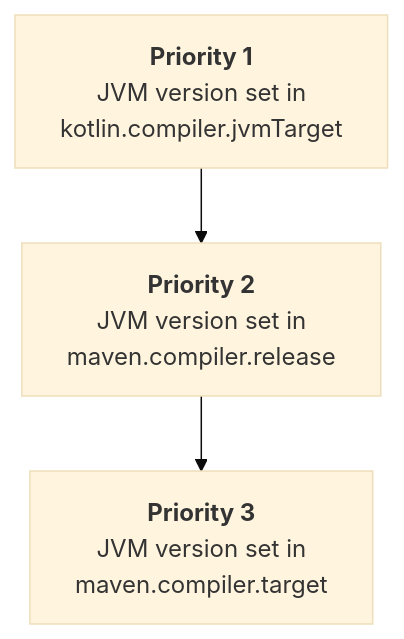
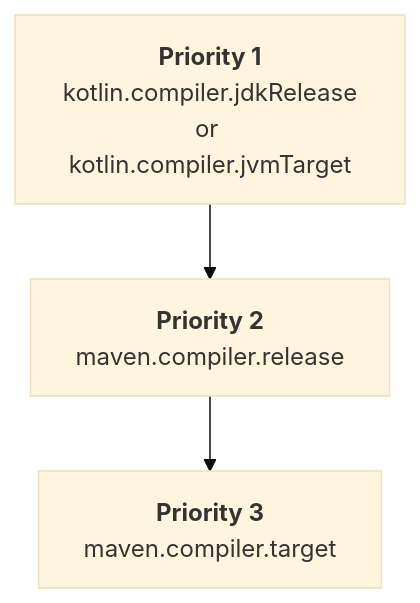
Before and after one commit to JetBrains/kotlin-web-site: the first of 2 diagrams in docs/topics/maven/maven-configure-project.md, drawn with Mermaid (base theme). The commit also changed other lines of this file and 1 other file, not shown here.

Commit message:
update: jdkRelease option

````diff
--- a/docs/topics/maven/maven-configure-project.md
+++ b/docs/topics/maven/maven-configure-project.md
@@ -70,9 +70,9 @@
 ```mermaid
 graph TD
-    A["<b>Priority 1</b><br/>JVM version set in</br>kotlin.compiler.jvmTarget"]
-    B["<b>Priority 2</b><br/>JVM version set in</br>maven.compiler.release"]
-    C["<b>Priority 3</b><br/>JVM version set in</br>maven.compiler.target"]
+    A["<b>Priority 1</b><br/>kotlin.compiler.jdkRelease</br>or kotlin.compiler.jvmTarget"]
+    B["<b>Priority 2</b><br/>maven.compiler.release"]
+    C["<b>Priority 3</b><br/>maven.compiler.target"]
 
     A --> B
     B --> C
 ```
````
